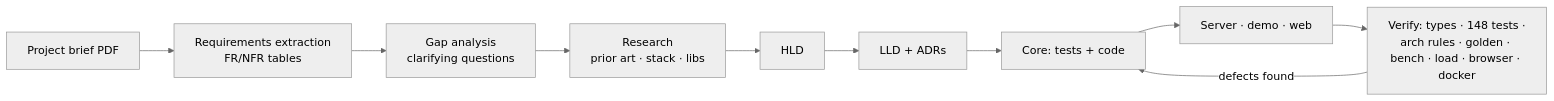
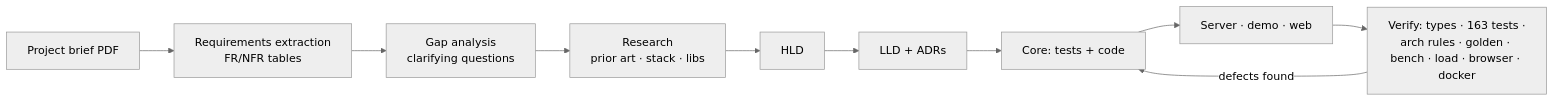
The diagram in docs/ai-process/process.md (SarthakB11/gamenotify), drawn with Mermaid (neutral theme) before and after one commit. The commit also changed 3 other files, not shown here.

````diff
--- a/docs/ai-process/process.md
+++ b/docs/ai-process/process.md
@@ -5,12 +5,12 @@
 ```mermaid
 flowchart LR
   A[Project brief PDF] --> B[Requirements extraction<br/>FR/NFR tables]
   B --> C[Gap analysis<br/>clarifying questions]
   C --> D[Research<br/>prior art · stack · libs]
   D --> E[HLD]
   E --> F[LLD + ADRs]
   F --> G[Core: tests + code]
   G --> H[Server · demo · web]
-  H --> I[Verify: types · 148 tests ·<br/>arch rules · golden · bench · load · browser · docker]
+  H --> I[Verify: types · 163 tests ·<br/>arch rules · golden · bench · load · browser · docker]
   I -->|defects found| G
 ```
````
